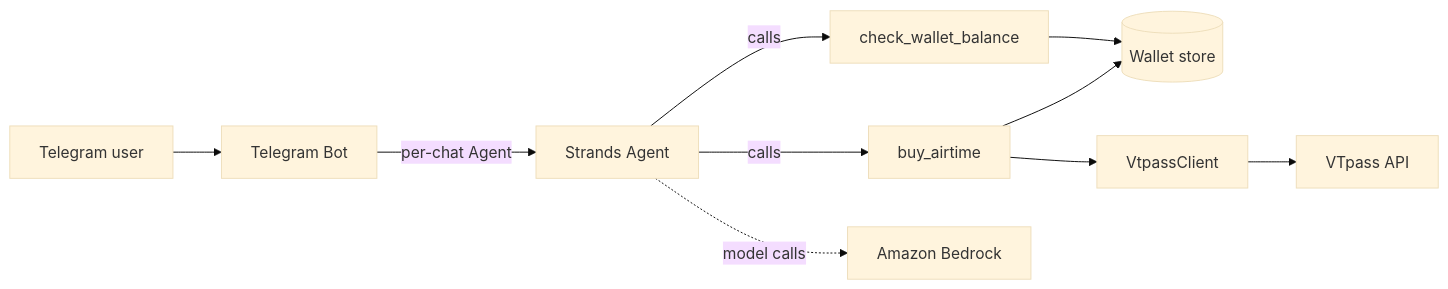
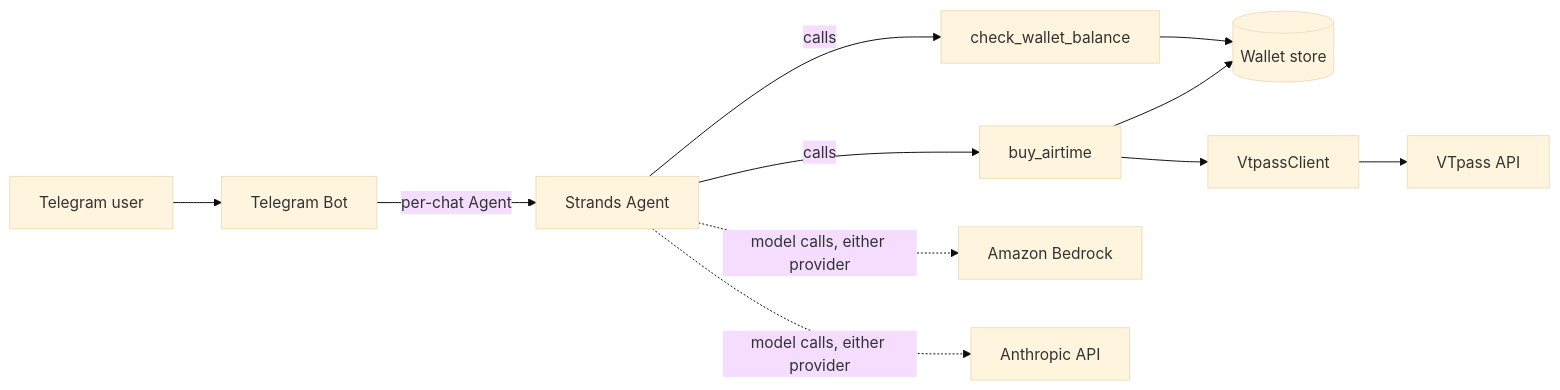
The diagram in README.md (16navigabraham/asap-everyday-agent), drawn with Mermaid (base theme) before and after one commit. The commit also changed other lines of this file and 3 other files, not shown here.

````diff
--- a/README.md
+++ b/README.md
@@ -88,10 +89,11 @@
 ```mermaid
 flowchart LR
     U[Telegram user] --> B[Telegram Bot]
     B -- per-chat Agent --> A[Strands Agent]
     A -- calls --> WT[check_wallet_balance]
     A -- calls --> PT[buy_airtime]
     WT & PT --> WS[(Wallet store)]
     PT --> VT[VtpassClient] --> VP[VTpass API]
-    A -. model calls .-> BR[Amazon Bedrock]
+    A -. model calls, either provider .-> BR[Amazon Bedrock]
+    A -. model calls, either provider .-> AN[Anthropic API]
 ```
````
